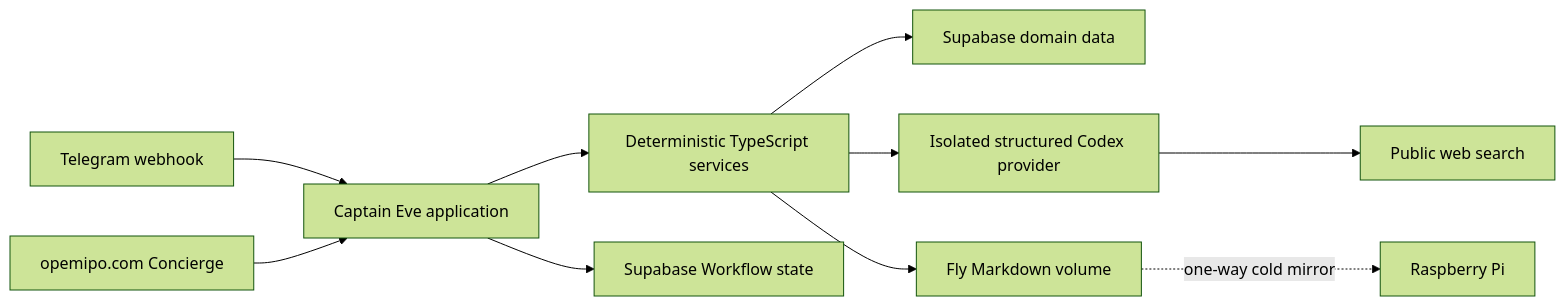
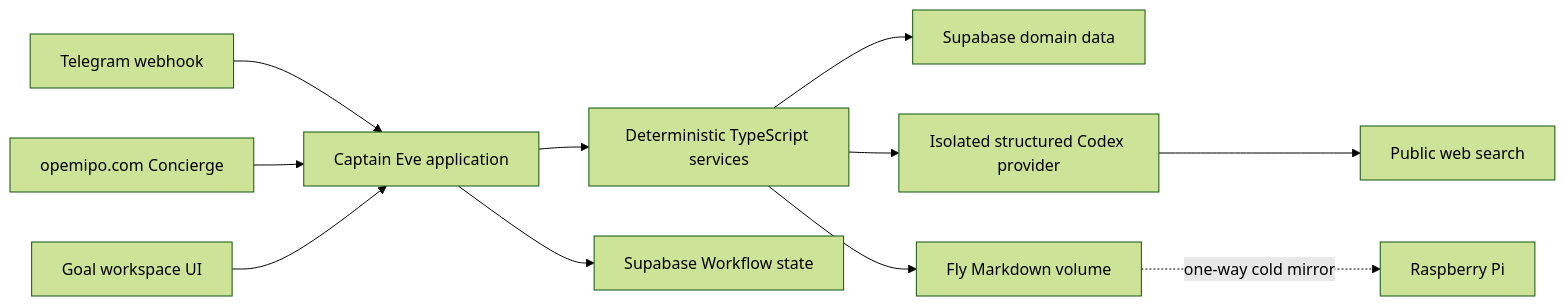
The diagram in docs/architecture.md (moonlight-ng/captain), drawn with Mermaid (forest theme) before and after one commit. The commit also changed other lines of this file and 3 other files, not shown here.

````diff
--- a/docs/architecture.md
+++ b/docs/architecture.md
@@ -13,12 +13,13 @@
 ```mermaid
 flowchart LR
   Telegram[Telegram webhook] --> Eve[Captain Eve application]
   Concierge[opemipo.com Concierge] --> Eve
+  Workspace[Goal workspace UI] --> Eve
   Eve --> Services[Deterministic TypeScript services]
   Eve --> Workflow[Supabase Workflow state]
   Services --> Domain[Supabase domain data]
   Services --> Codex[Isolated structured Codex provider]
   Codex --> Web[Public web search]
   Services --> Memory[Fly Markdown volume]
   Memory -. one-way cold mirror .-> Pi[Raspberry Pi]
 ```
````
